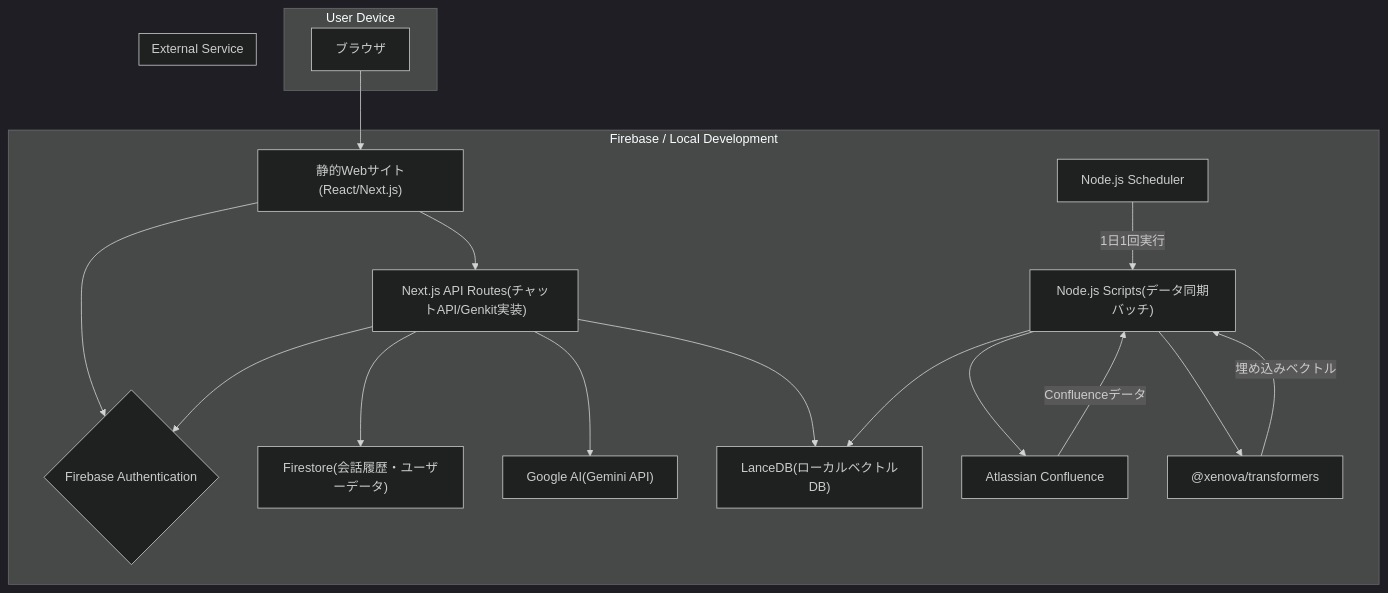
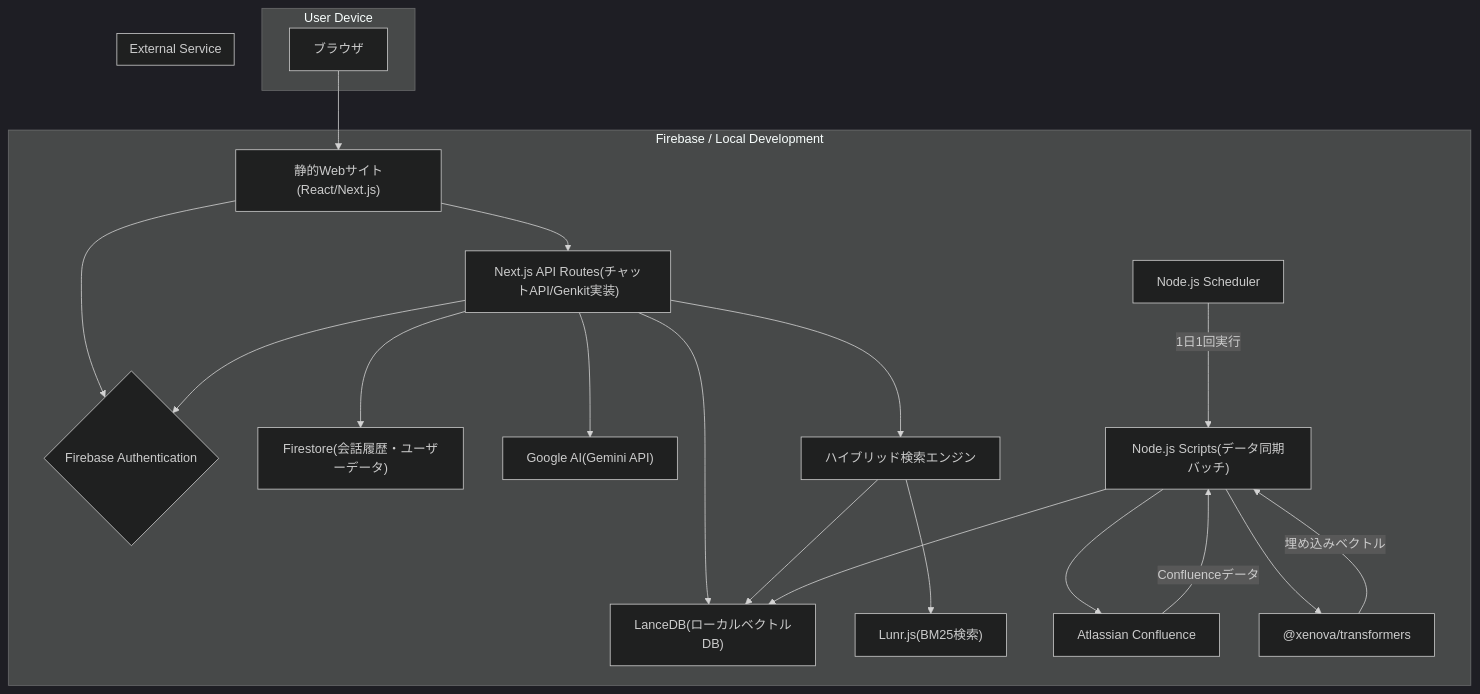
Before and after one commit to gucchon001/Confluence_firebase: the diagram in docs/spec.md, drawn with Mermaid (dark theme). The commit also changed other lines of this file and 48 other files, not shown here.

````diff
--- a/docs/spec.md
+++ b/docs/spec.md
@@ -52,27 +52,30 @@
 ```mermaid
 graph TD
     subgraph User Device
         A[ブラウザ]
     end
 
     subgraph Firebase / Local Development
         B[Firebase Hosting] --> C{Firebase Authentication}
         A --> B["静的Webサイト(React/Next.js)"]
         B --> D["Next.js API Routes(チャットAPI/Genkit実装)"]
         D --> C
         D --> E["Firestore(会話履歴・ユーザーデータ)"]
         D --> F["Google AI(Gemini API)"]
         D --> G["LanceDB(ローカルベクトルDB)"]
+        D --> L["ハイブリッド検索エンジン"]
+        L --> G
+        L --> M["Lunr.js(BM25検索)"]
 
         H["Node.js Scheduler"] -- 1日1回実行 --> I["Node.js Scripts(データ同期バッチ)"]
         I --> J["Atlassian API"]
         J -- Confluenceデータ --> I
         I --> K["@xenova/transformers"]
         K -- 埋め込みベクトル --> I
         I --> G
     end
 
     subgraph External Service
         J["Atlassian Confluence"]
     end
 ```
````
